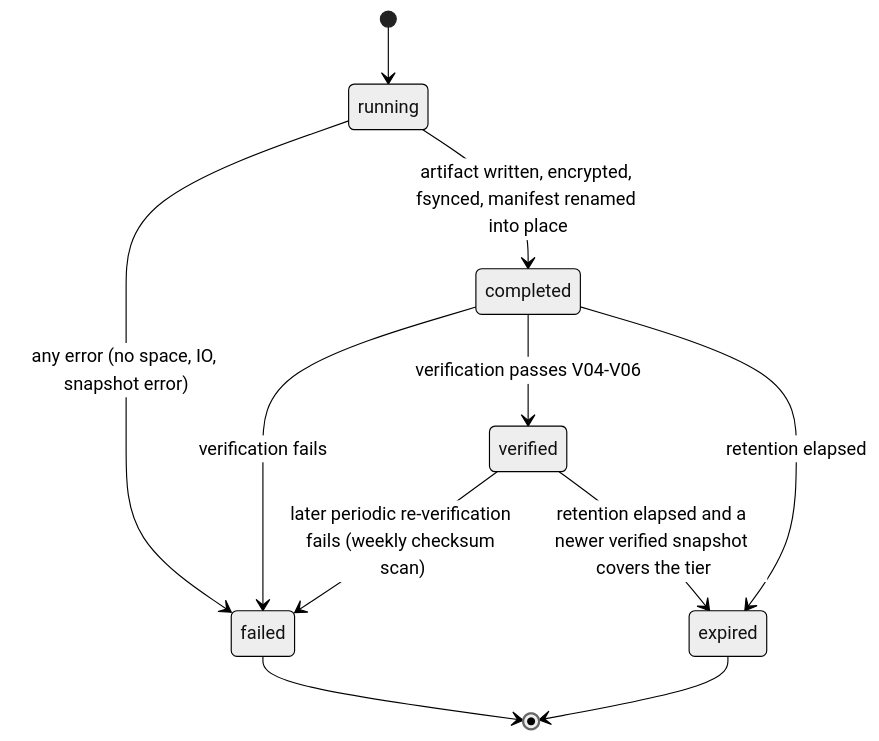
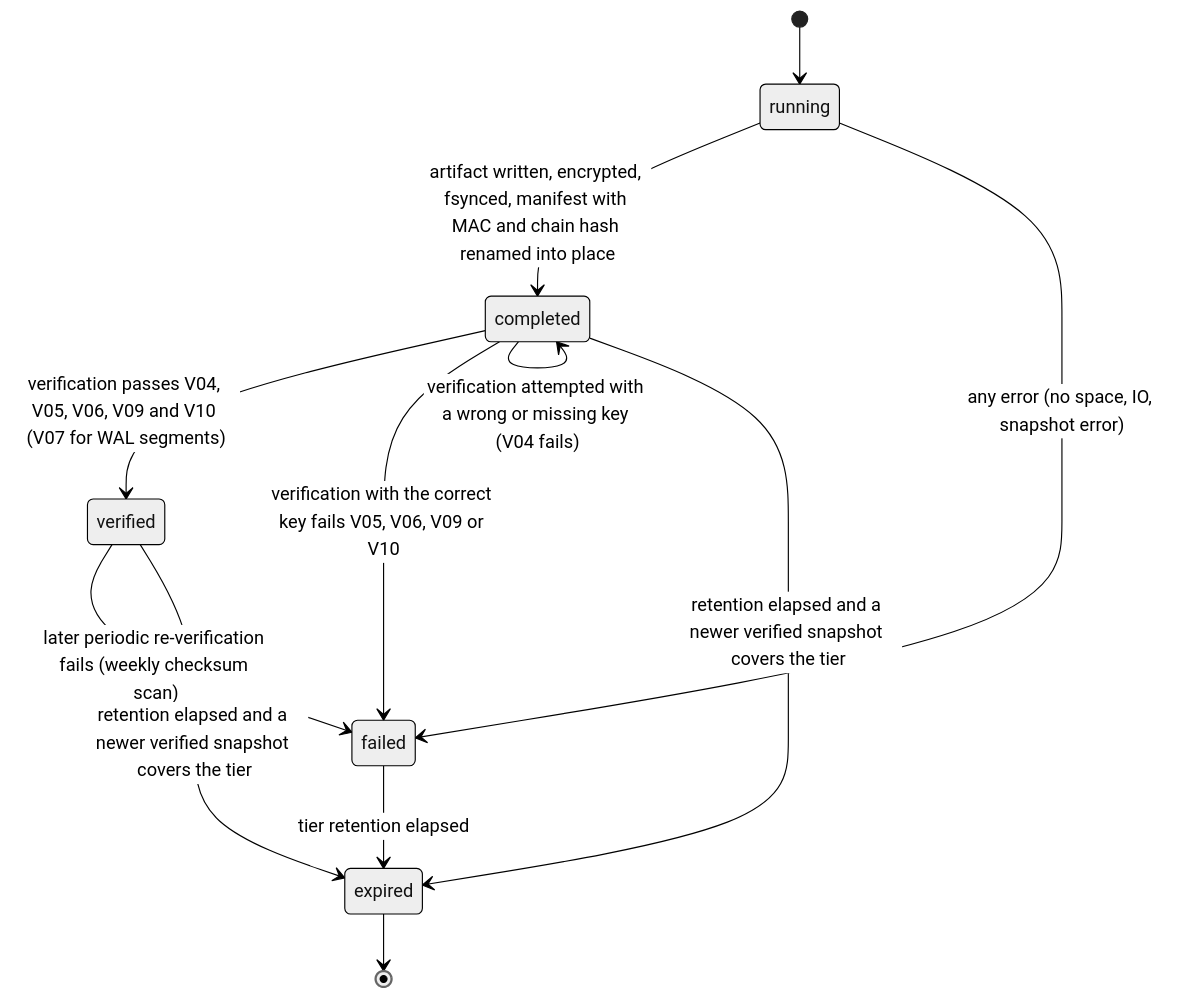
Before and after one commit to djshellshoxxx/CLASSifiedisRUPTed: the diagram in 15_Platform/03_operations/mod_backups/workflow_state_machine.md, drawn with Mermaid (neutral theme). The commit also changed other lines of this file and 108 other files, not shown here.

````diff
--- a/15_Platform/03_operations/mod_backups/workflow_state_machine.md
+++ b/15_Platform/03_operations/mod_backups/workflow_state_machine.md
@@ -29,13 +31,14 @@
 ```mermaid
 stateDiagram-v2
   [*] --> running
-  running --> completed: artifact written, encrypted, fsynced, manifest renamed into place
+  running --> completed: artifact written, encrypted, fsynced, manifest with MAC and chain hash renamed into place
   running --> failed: any error (no space, IO, snapshot error)
-  completed --> verified: verification passes V04-V06
-  completed --> failed: verification fails
+  completed --> verified: verification passes V04, V05, V06, V09 and V10 (V07 for WAL segments)
+  completed --> failed: verification with the correct key fails V05, V06, V09 or V10
+  completed --> completed: verification attempted with a wrong or missing key (V04 fails)
   verified --> failed: later periodic re-verification fails (weekly checksum scan)
   verified --> expired: retention elapsed and a newer verified snapshot covers the tier
-  completed --> expired: retention elapsed
-  failed --> [*]
+  completed --> expired: retention elapsed and a newer verified snapshot covers the tier
+  failed --> expired: tier retention elapsed
   expired --> [*]
 ```
````
